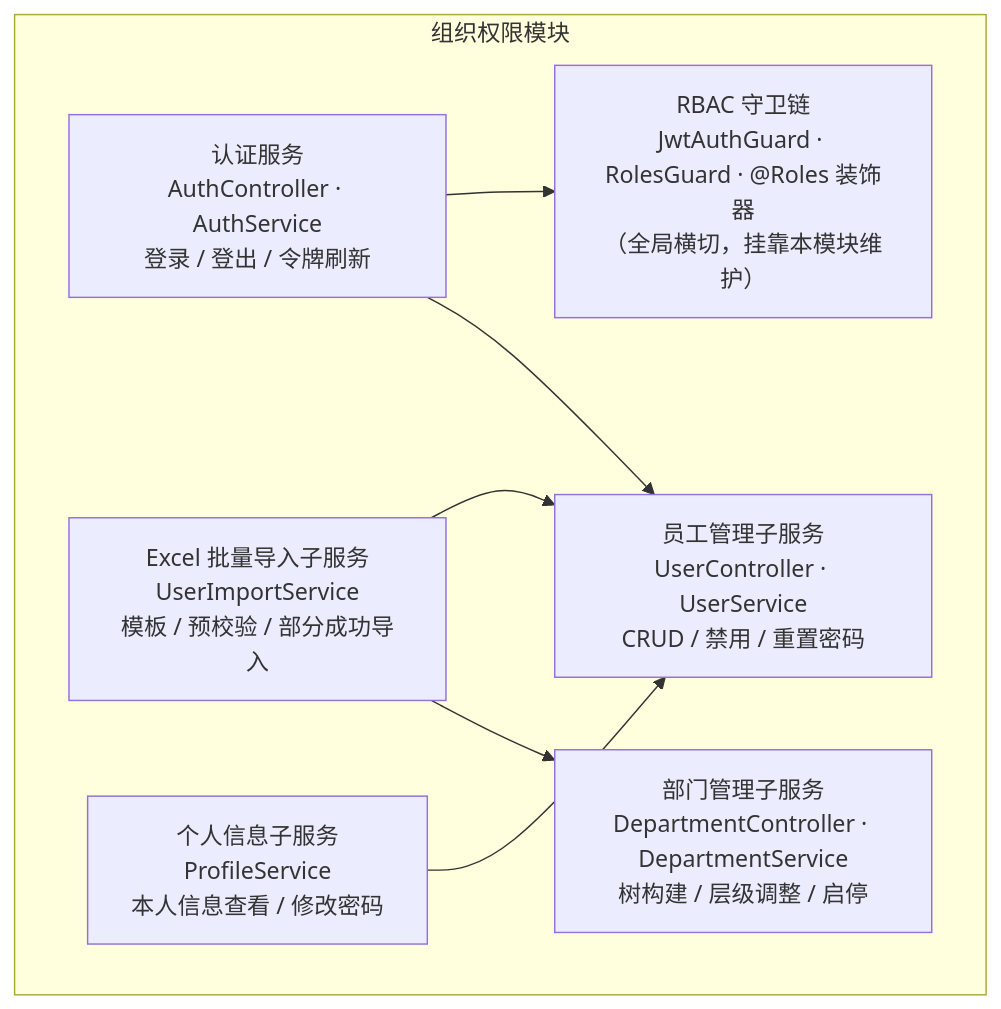
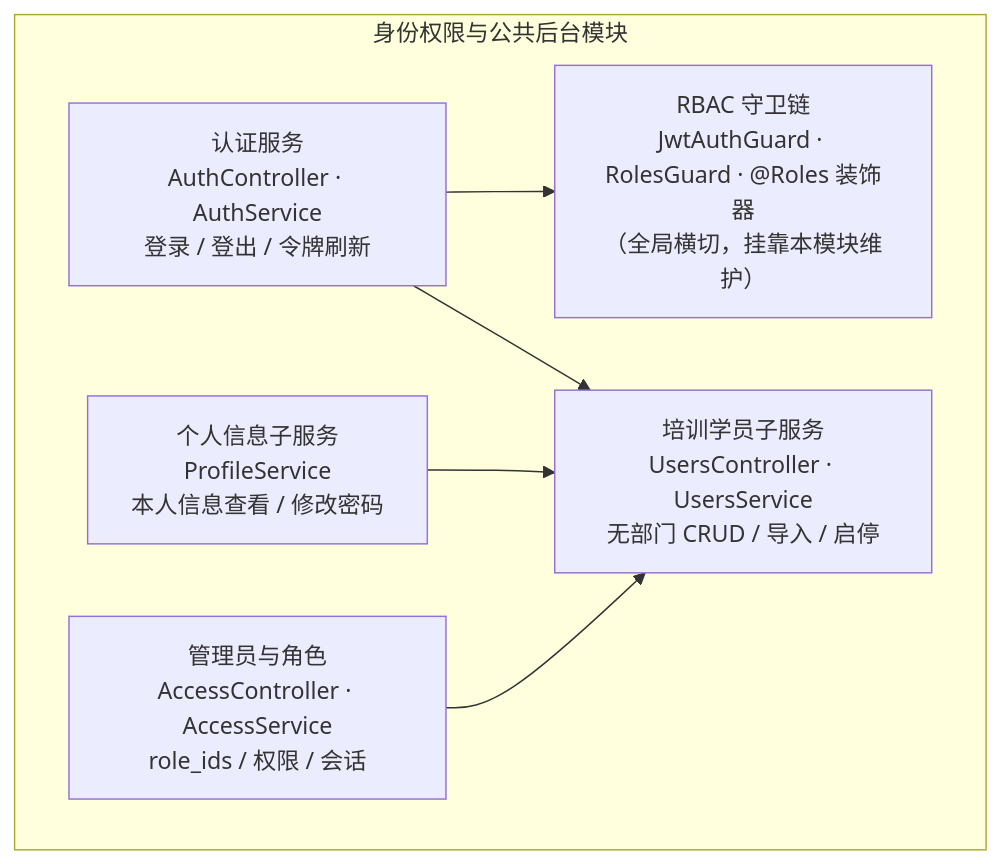
The third of 17 diagrams in docs/design/05-模块设计.md (caoguanjie/emodor-exam), drawn with Mermaid before and after one commit. The commit also changed other lines of this file and 181 other files, not shown here.

````diff
--- a/docs/design/05-模块设计.md
+++ b/docs/design/05-模块设计.md
@@ -148,16 +148,14 @@
 ```mermaid
 graph TB
-    subgraph MOD1["组织权限模块"]
+    subgraph MOD1["身份权限与公共后台模块"]
         AUTH["认证服务<br/>AuthController · AuthService<br/>登录 / 登出 / 令牌刷新"]
         GUARD["RBAC 守卫链<br/>JwtAuthGuard · RolesGuard · @Roles 装饰器<br/>（全局横切，挂靠本模块维护）"]
-        DEPT["部门管理子服务<br/>DepartmentController · DepartmentService<br/>树构建 / 层级调整 / 启停"]
-        USER["员工管理子服务<br/>UserController · UserService<br/>CRUD / 禁用 / 重置密码"]
-        IMP["Excel 批量导入子服务<br/>UserImportService<br/>模板 / 预校验 / 部分成功导入"]
+        STUDENT["培训学员子服务<br/>UsersController · UsersService<br/>无部门 CRUD / 导入 / 启停"]
+        ACCESS["管理员与角色<br/>AccessController · AccessService<br/>role_ids / 权限 / 会话"]
         PROFILE["个人信息子服务<br/>ProfileService<br/>本人信息查看 / 修改密码"]
     end
     AUTH --> GUARD
-    IMP --> USER
-    IMP --> DEPT
-    AUTH --> USER
-    PROFILE --> USER
+    AUTH --> STUDENT
+    PROFILE --> STUDENT
+    ACCESS --> STUDENT
 ```
````
